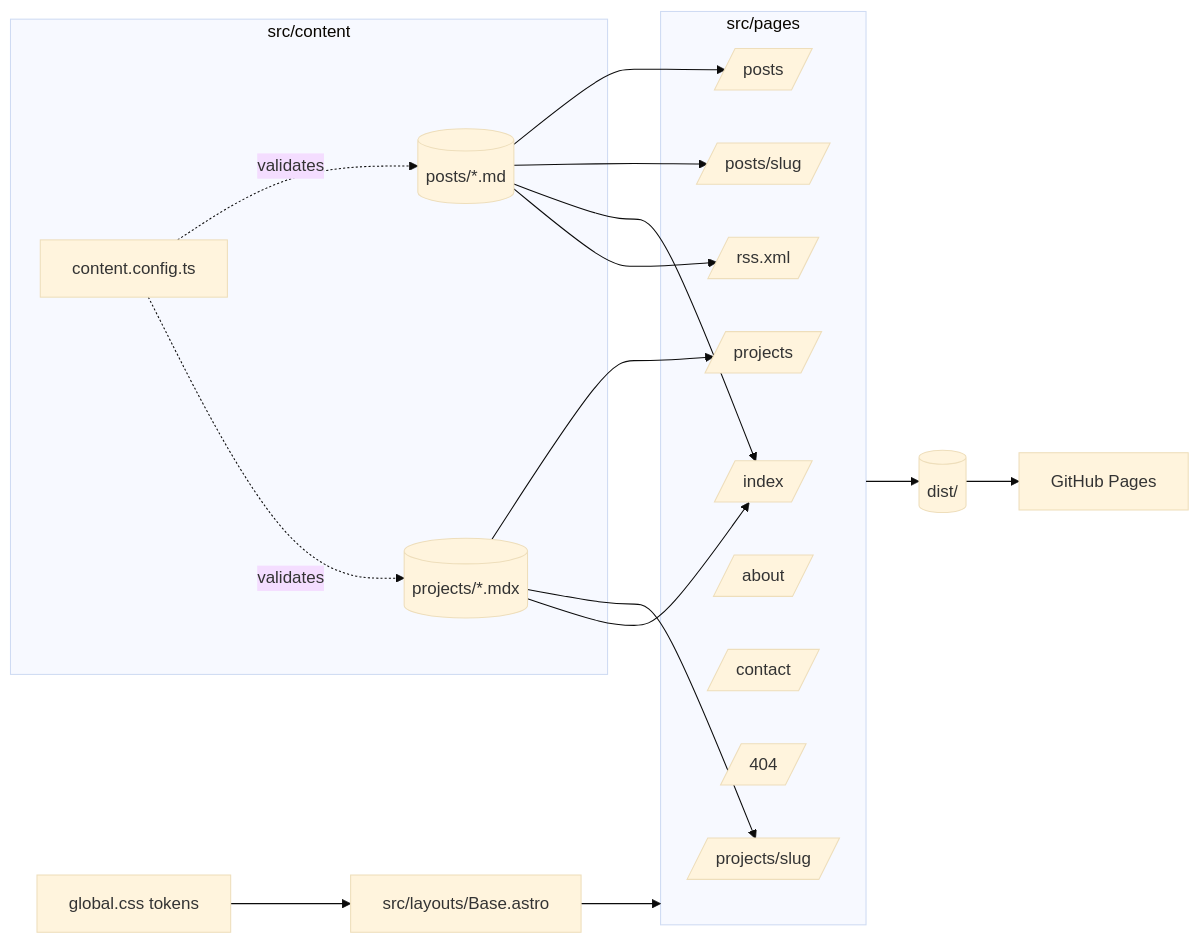
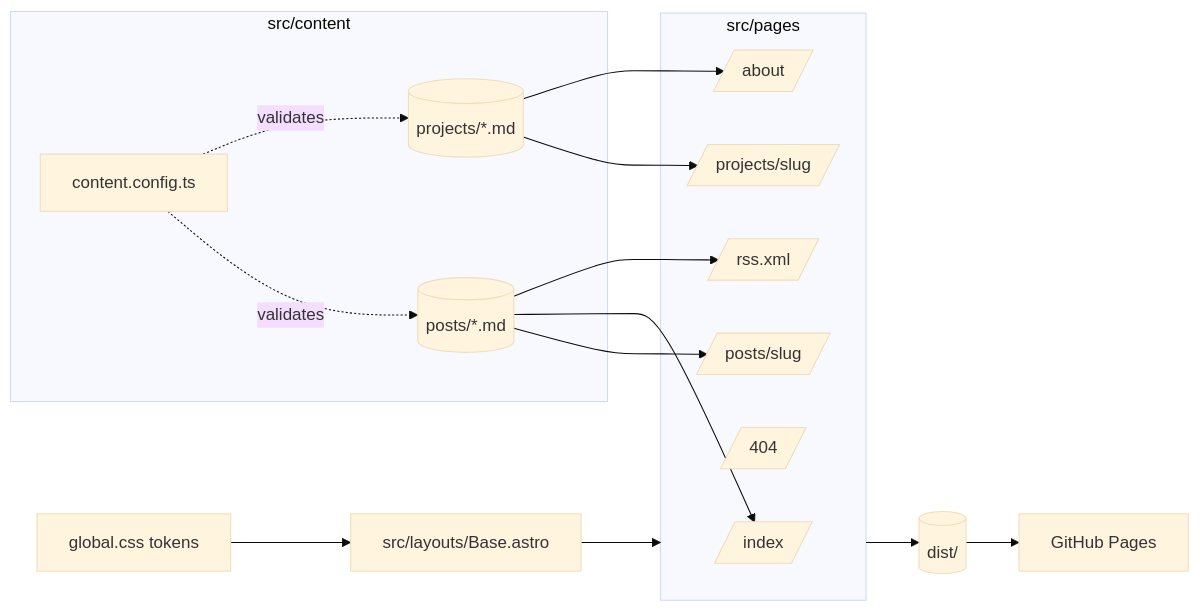
Before and after one commit to jicata/sgg-blog: the diagram in docs/architecture.md, drawn with Mermaid (base theme). The commit also changed other lines of this file and 233 other files, not shown here.

````diff
--- a/docs/architecture.md
+++ b/docs/architecture.md
@@ -13,27 +13,24 @@
 ```mermaid
 graph LR
   subgraph content [src/content]
     posts[(posts/*.md)]
-    projects[(projects/*.mdx)]
+    projects[(projects/*.md)]
     schema[content.config.ts]
   end
   subgraph pages [src/pages]
     home[/index/]
-    postsIdx[/posts/]
     post[/posts/slug/]
-    projIdx[/projects/]
     proj[/projects/slug/]
     about[/about/]
-    contact[/contact/]
     nf[/404/]
     rss[/rss.xml/]
   end
   layout[src/layouts/Base.astro]
   tokens[global.css tokens]
-  posts --> postsIdx & post & home & rss
-  projects --> projIdx & proj & home
+  posts --> post & home & rss
+  projects --> proj & about
   schema -.validates.-> posts & projects
   layout --> pages
   tokens --> layout
   pages --> dist[(dist/)] --> pages_deploy[GitHub Pages]
 ```
````
